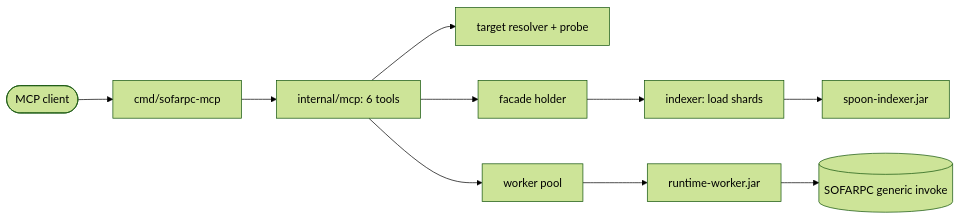
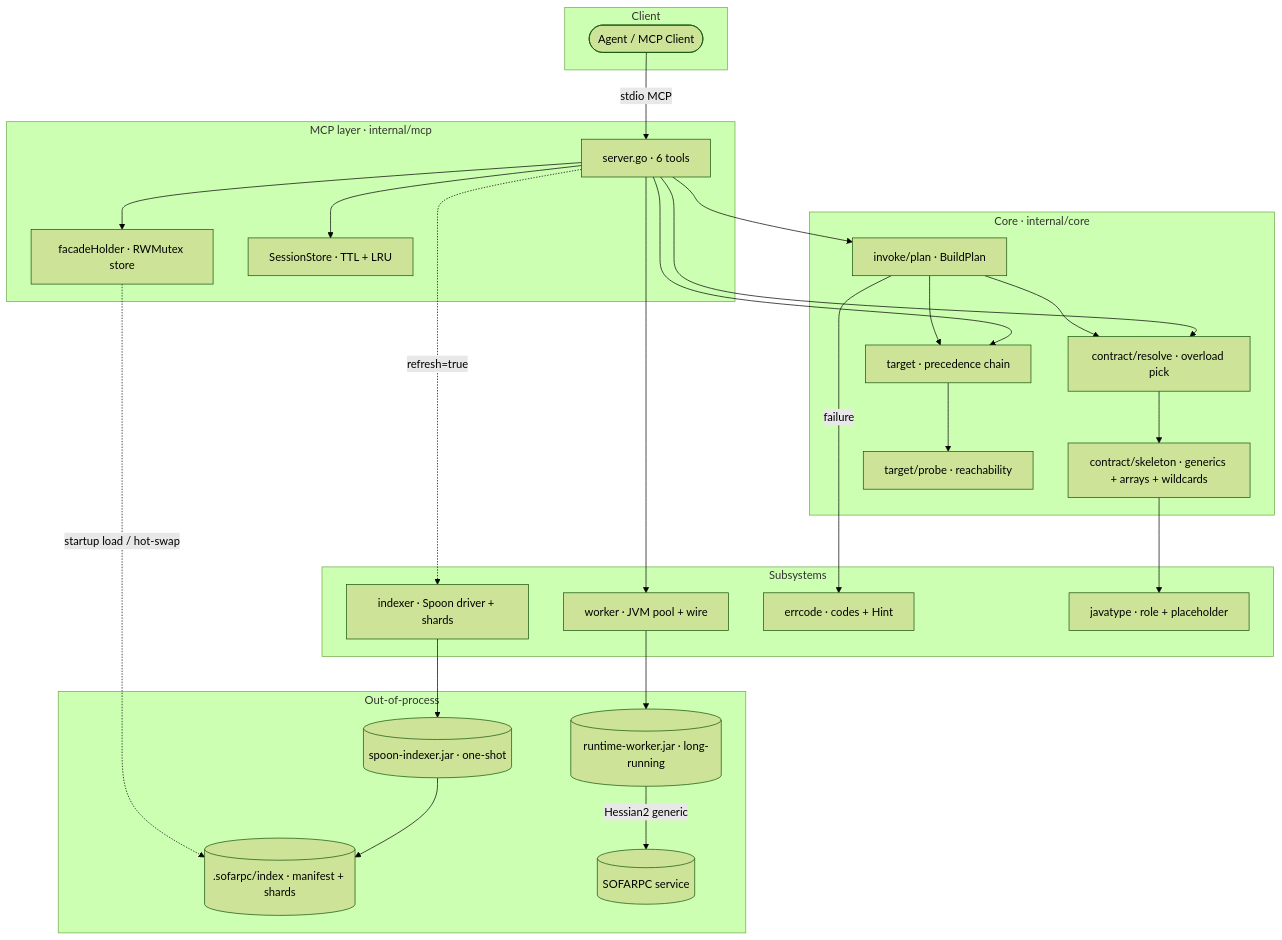
The first of 3 diagrams in README.md (hex1n/sofarpc-cli), drawn with Mermaid (forest theme) before and after one commit. The commit also changed other lines of this file and 26 other files, not shown here.

First line of the commit message:
feat: round out agent-first surface — complex payloads, pool lifecycle, self-heal hints

````diff
--- a/README.md
+++ b/README.md
@@ -27,12 +29,40 @@
 ```mermaid
-flowchart LR
-  Agent([MCP client]) --> Server[cmd/sofarpc-mcp]
-  Server --> Core[internal/mcp: 6 tools]
-  Core --> Target[target resolver + probe]
-  Core --> Facade[facade holder]
-  Facade --> Indexer[indexer: load shards]
-  Indexer --> Spoon[spoon-indexer.jar]
-  Core --> Worker[worker pool]
-  Worker --> Runtime[runtime-worker.jar]
-  Runtime --> SOFARPC[(SOFARPC generic invoke)]
+flowchart TB
+  subgraph ClientSide[Client]
+    Agent([Agent / MCP Client])
+  end
+  subgraph MCPLayer["MCP layer · internal/mcp"]
+    Server[server.go · 6 tools]
+    Holder[facadeHolder · RWMutex store]
+    Sessions[SessionStore · TTL + LRU]
+  end
+  subgraph Core["Core · internal/core"]
+    ContractR[contract/resolve · overload pick]
+    ContractS[contract/skeleton · generics + arrays + wildcards]
+    TargetR[target · precedence chain]
+    TargetP[target/probe · reachability]
+    Plan[invoke/plan · BuildPlan]
+  end
+  subgraph Sub["Subsystems"]
+    Worker[worker · JVM pool + wire]
+    Indexer[indexer · Spoon driver + shards]
+    Errcode[errcode · codes + Hint]
+    Javatype[javatype · role + placeholder]
+  end
+  subgraph External[Out-of-process]
+    SpoonJar[(spoon-indexer.jar · one-shot)]
+    WorkerJar[(runtime-worker.jar · long-running)]
+    IndexFS[(.sofarpc/index · manifest + shards)]
+    SOFARPC[(SOFARPC service)]
+  end
+  Agent -- stdio MCP --> Server
+  Server --> Holder & Sessions
+  Server --> ContractR & Plan & TargetR
+  ContractR --> ContractS --> Javatype
+  Plan --> ContractR & TargetR
+  Plan -- failure --> Errcode
+  TargetR --> TargetP
+  Server --> Worker --> WorkerJar -- Hessian2 generic --> SOFARPC
+  Server -. refresh=true .-> Indexer --> SpoonJar --> IndexFS
+  Holder -. startup load / hot-swap .-> IndexFS
 ```
````
